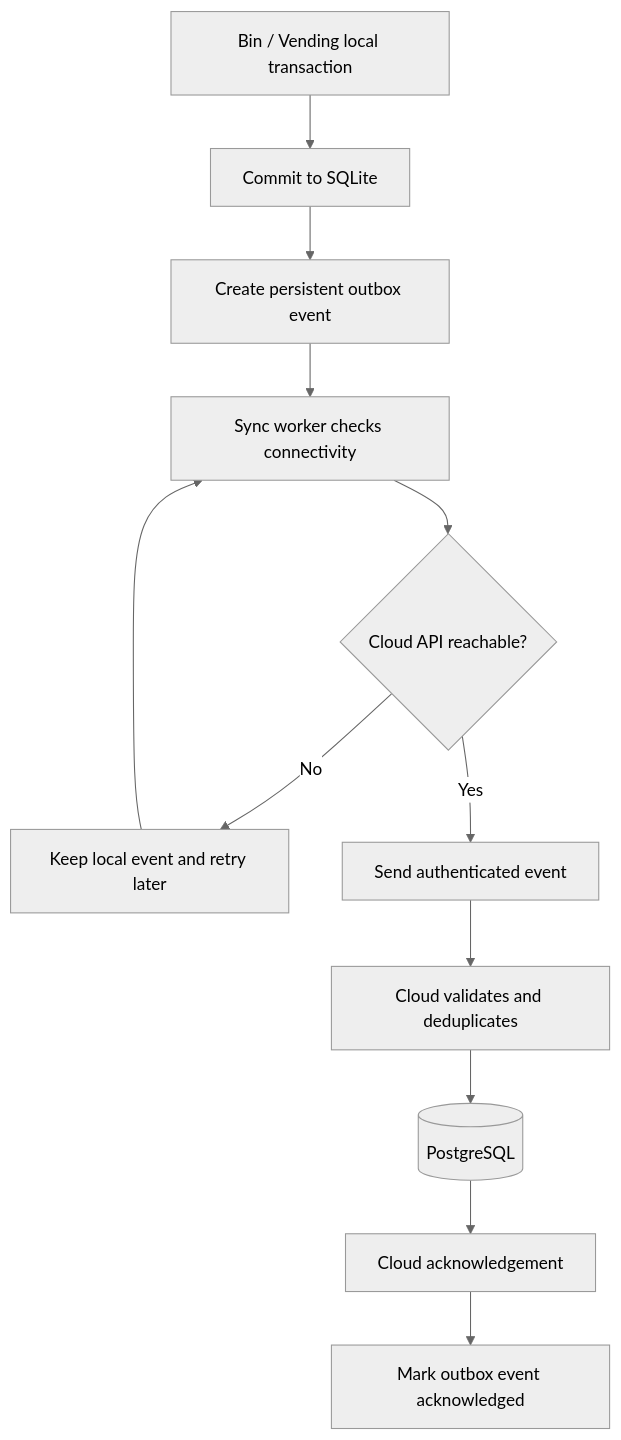
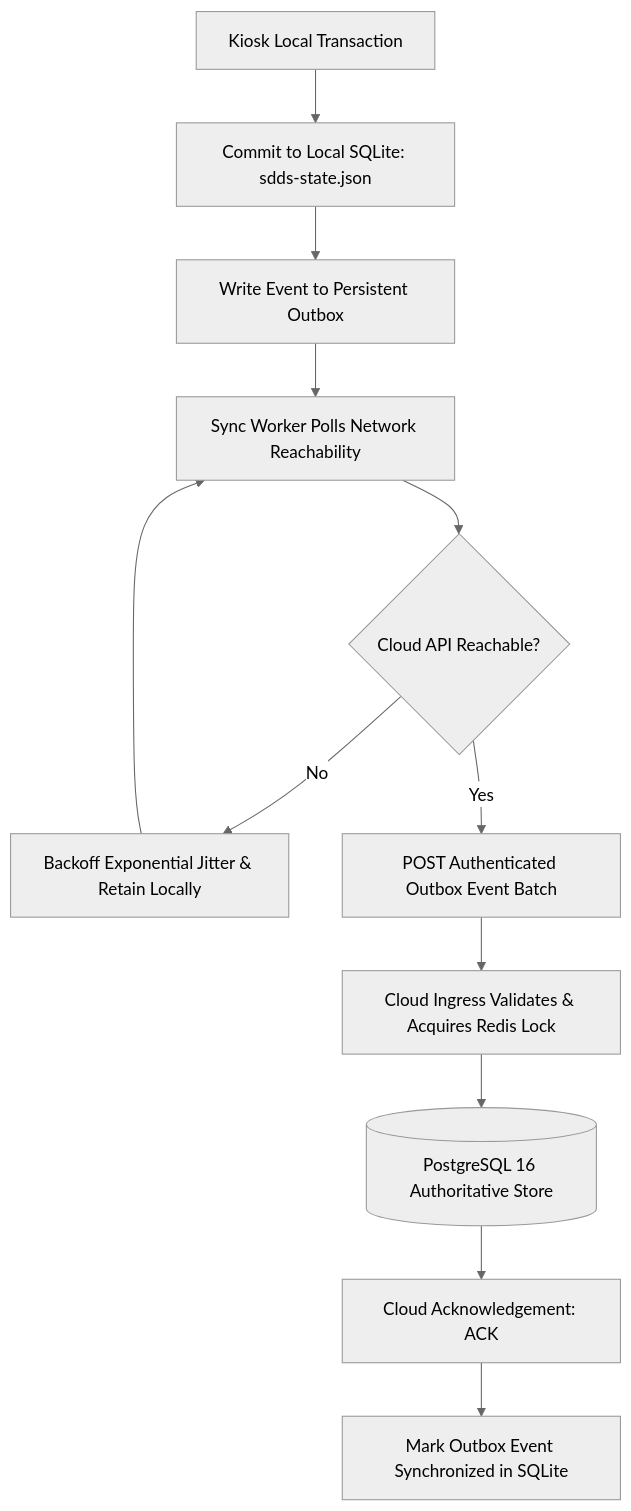
One commit to aswanayyappan/tech-farm-vending-machine changed the seventh of 10 diagrams in SDDS_V5_Documents/SDDS_V5_Product_Requirements_Document.md. Above: the diagram before and after it, drawn with Mermaid (neutral theme). The commit also changed other lines of this file and 2 other files, not shown here.

Commit message:
docs: synchronize SDDS V5 PRD and Plan of Action with current web architecture

````diff
--- a/SDDS_V5_Documents/SDDS_V5_Product_Requirements_Document.md
+++ b/SDDS_V5_Documents/SDDS_V5_Product_Requirements_Document.md
@@ -805,14 +823,14 @@
 ```mermaid
 flowchart TD
-    A[Bin / Vending local transaction] --> B[Commit to SQLite]
-    B --> C[Create persistent outbox event]
-    C --> D[Sync worker checks connectivity]
-    D --> E{Cloud API reachable?}
-    E -- No --> F[Keep local event and retry later]
+    A[Kiosk Local Transaction] --> B[Commit to Local SQLite: sdds-state.json]
+    B --> C[Write Event to Persistent Outbox]
+    C --> D[Sync Worker Polls Network Reachability]
+    D --> E{Cloud API Reachable?}
+    E -- No --> F[Backoff Exponential Jitter & Retain Locally]
     F --> D
-    E -- Yes --> G[Send authenticated event]
-    G --> H[Cloud validates and deduplicates]
-    H --> I[(PostgreSQL)]
-    I --> J[Cloud acknowledgement]
-    J --> K[Mark outbox event acknowledged]
+    E -- Yes --> G[POST Authenticated Outbox Event Batch]
+    G --> H[Cloud Ingress Validates & Acquires Redis Lock]
+    H --> I[(PostgreSQL 16 Authoritative Store)]
+    I --> J[Cloud Acknowledgement: ACK]
+    J --> K[Mark Outbox Event Synchronized in SQLite]
 ```
````
